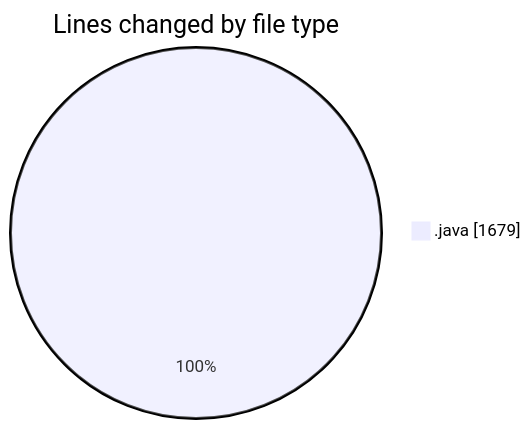
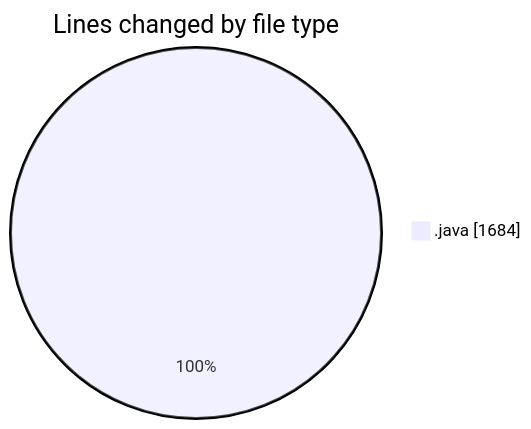
The first of 2 diagrams in 2026-09-30/cilreports__workspace_/README.md (ricardozamudiocil/code-tracking), drawn with Mermaid before and after one commit. The commit also changed other lines of this file and 1 other file, not shown here.

````diff
--- a/2026-09-30/cilreports__workspace_/README.md
+++ b/2026-09-30/cilreports__workspace_/README.md
@@ -22,5 +22,5 @@
 ```mermaid
 pie showData
 title Lines changed by file type
-".java" : 1679
+".java" : 1684
 ```
````
